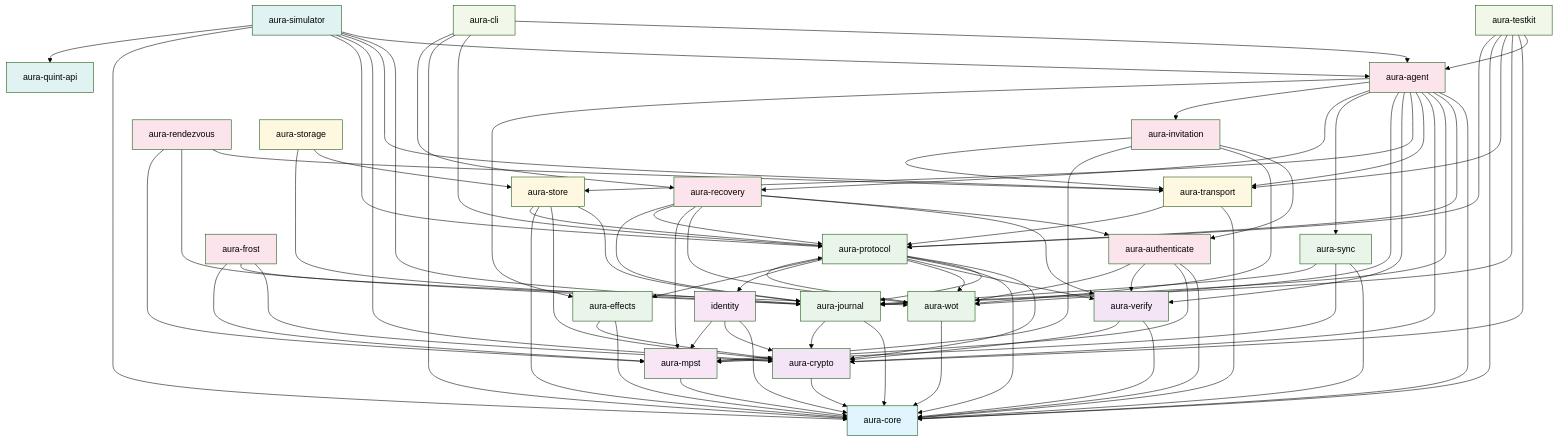
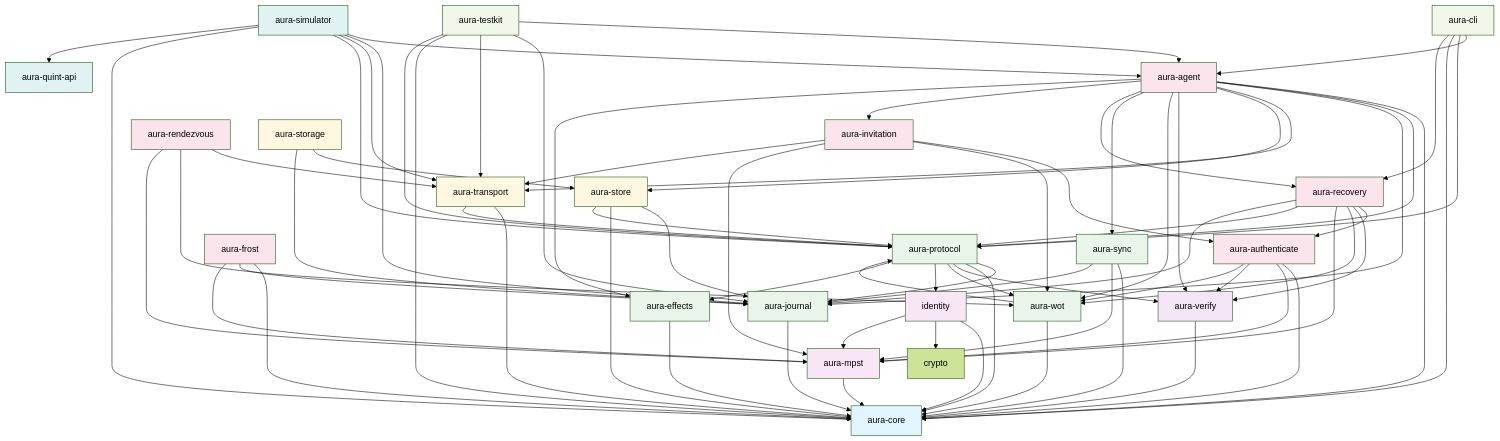
One commit to hxrts/aura changed the diagram in docs/999_project_structure.md. Above: the diagram before and after it, drawn with Mermaid (forest theme). The commit also changed other lines of this file and 245 other files, not shown here.

```diff
--- a/docs/999_project_structure.md
+++ b/docs/999_project_structure.md
@@ -507,8 +506,7 @@
     %% Foundation Layer
     types[aura-core]
 
-    %% Cryptography Layer
-    crypto[aura-crypto]
+    %% Verification Layer
     verify[aura-verify]
 
     %% Implementation Layer (Standard Library)
@@ -549,24 +547,18 @@
     simulator[aura-simulator]
 
     %% Dependencies
-    crypto --> types
     verify --> types
-    verify --> crypto
     effects --> types
-    effects --> crypto
     mpst --> types
     identity --> types
     identity --> crypto
     identity --> mpst
     journal --> types
-    journal --> crypto
     transport --> types
     transport --> protocol
     store --> journal
-    store --> crypto
     store --> types
     store --> protocol
-    protocol --> crypto
     protocol --> journal
     protocol --> types
     protocol --> verify
@@ -592,7 +584,7 @@
     invitation --> wot
     invitation --> mpst
     invitation --> transport
-    frost --> crypto
+    frost --> types
     frost --> journal
     frost --> mpst
     rendezvous --> transport
@@ -603,7 +595,6 @@
     agent --> types
     agent --> protocol
     agent --> journal
-    agent --> crypto
     agent --> transport
     agent --> store
     agent --> verify
@@ -613,7 +604,6 @@
     agent --> invitation
     agent --> effects
     testkit --> agent
-    testkit --> crypto
     testkit --> journal
     testkit --> transport
     testkit --> types
@@ -625,14 +615,13 @@
     simulator --> agent
     simulator --> journal
     simulator --> transport
-    simulator --> crypto
     simulator --> protocol
     simulator --> types
     simulator --> aura_quint_api
 
     %% Styling
     classDef foundation fill:#e1f5fe
-    classDef crypto fill:#f3e5f5
+    classDef verify fill:#f3e5f5
     classDef effects fill:#e8f5e8
     classDef types fill:#f8e5f5
     classDef protocol fill:#e8f5e8
@@ -642,7 +631,7 @@
     classDef sim fill:#e0f2f1
 
     class types foundation
-    class crypto,verify crypto
+    class verify verify
     class effects effects
     class mpst,identity types
     class journal,protocol,wot,sync protocol
```
